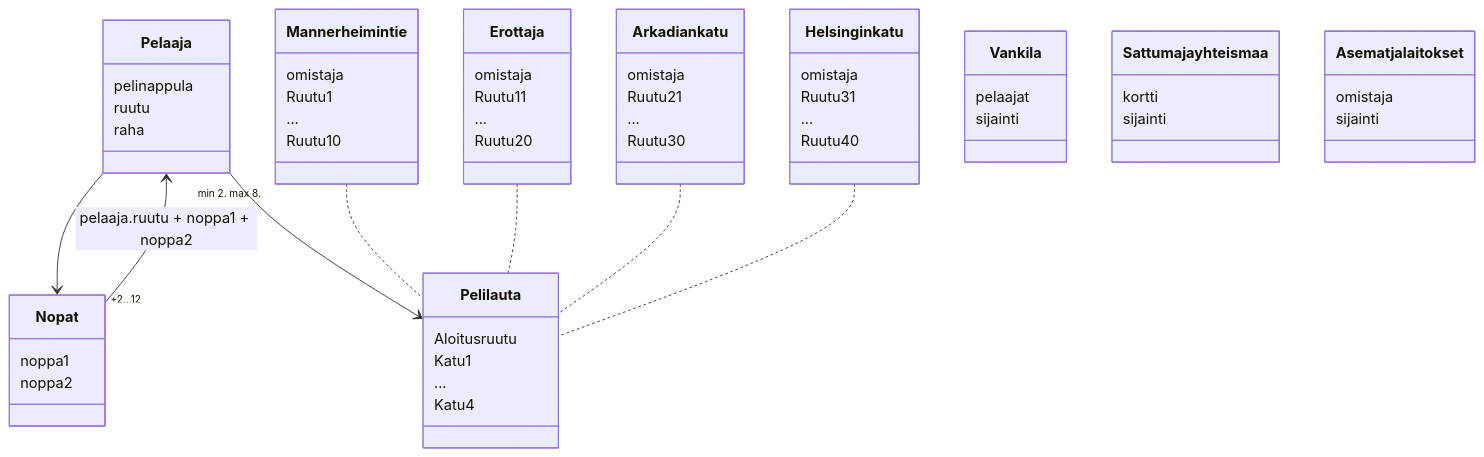
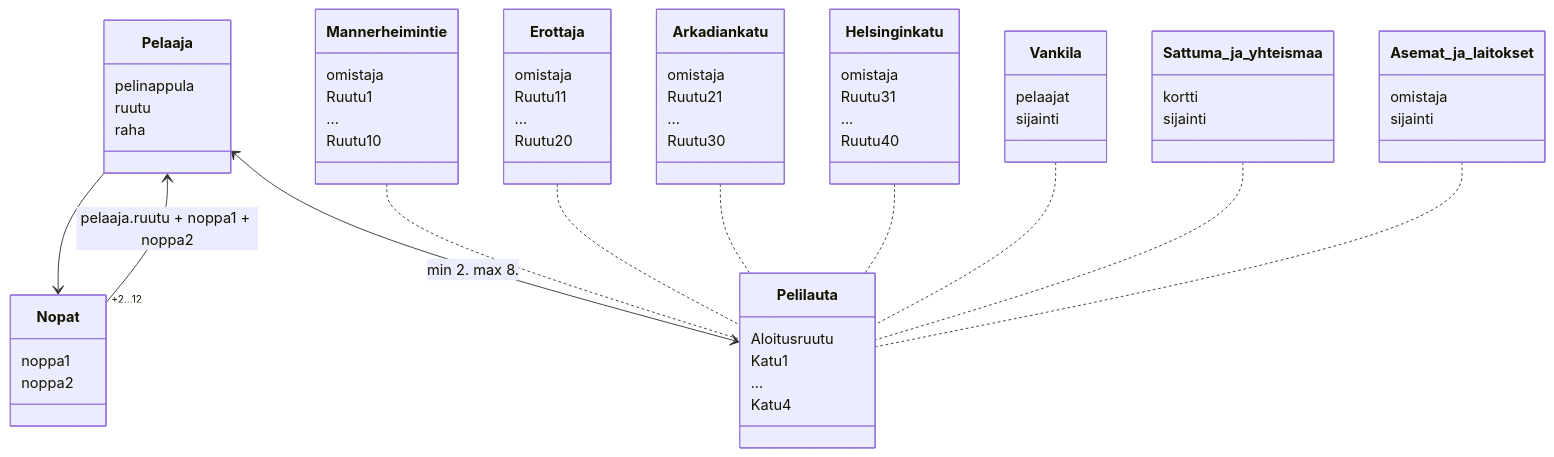
The diagram in laskarit/viikko3/laajennettu_monopoli.md (alumppio/ot-harjoitustyo), drawn with Mermaid before and after one commit.

Commit message:
monopoli.md

````diff
--- a/laskarit/viikko3/laajennettu_monopoli.md
+++ b/laskarit/viikko3/laajennettu_monopoli.md
@@ -3,81 +3,84 @@
 ```mermaid 
 
   classDiagram
       Pelaaja --> Nopat
       Nopat "+2...12" --> Pelaaja : pelaaja.ruutu + noppa1 + noppa2
-      Pelaaja "min 2. max 8." --> Pelilauta
+      Pelaaja <--> Pelilauta : min 2. max 8.
       Mannerheimintie .. Pelilauta
       Erottaja .. Pelilauta
       Arkadiankatu .. Pelilauta
       Helsinginkatu .. Pelilauta
+      Vankila .. Pelilauta
+      Sattuma_ja_yhteismaa .. Pelilauta
+      Asemat_ja_laitokset .. Pelilauta
 
     class Pelilauta{
         Aloitusruutu
         Katu1
         ...
         Katu4
 
     }
 
 
     class Mannerheimintie{
         omistaja
         Ruutu1
         ...
         Ruutu10
     }
 
 
     class Erottaja{
         omistaja
         Ruutu11
         ...
         Ruutu20
     }
 
     class Arkadiankatu{
         omistaja
         Ruutu21
         ...
         Ruutu30
     }
 
 
     class Helsinginkatu{
         omistaja
         Ruutu31
         ...
         Ruutu40
     }
 
     class Nopat{
         noppa1
         noppa2
     }
 
 
       class Pelaaja{
           pelinappula
           ruutu
           raha
       }    
 
 
     class Vankila{
         pelaajat
         sijainti
     }
 
-    class Sattuma ja yhteismaa{
+    class Sattuma_ja_yhteismaa{
         kortti
         sijainti
     }
 
-    class Asemat ja laitokset{
+    class Asemat_ja_laitokset{
         omistaja
         sijainti
     }
 
 
 
 ```
````
